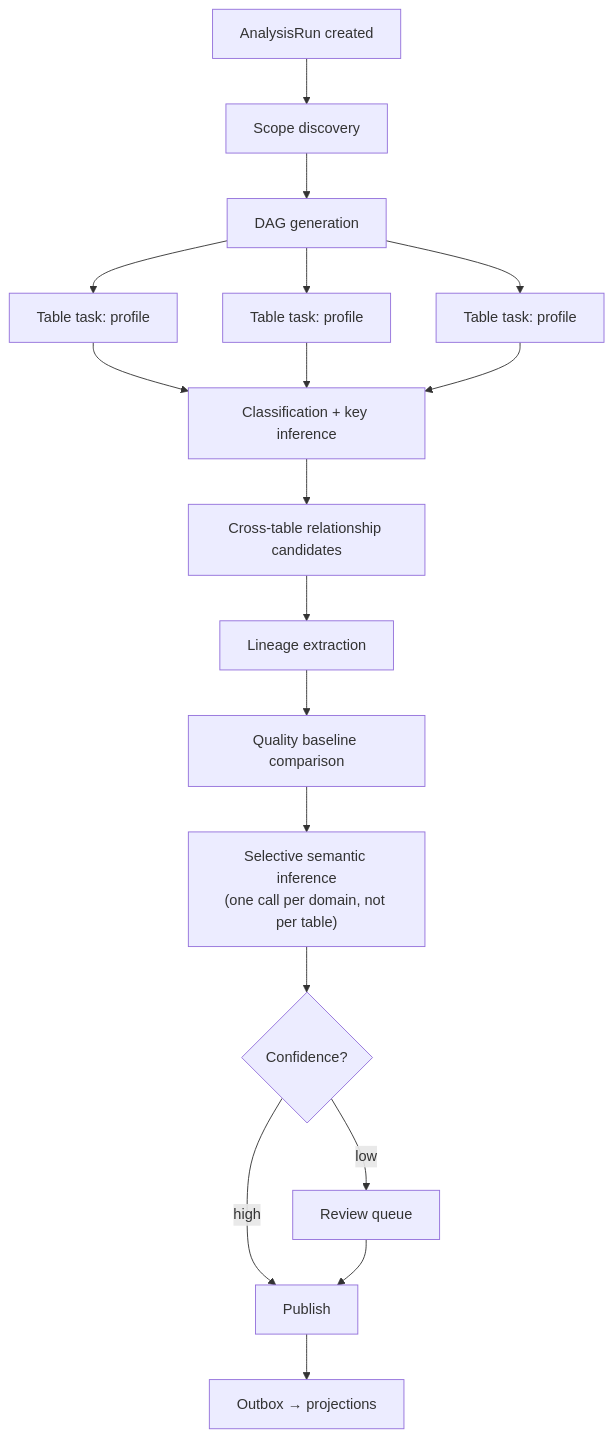
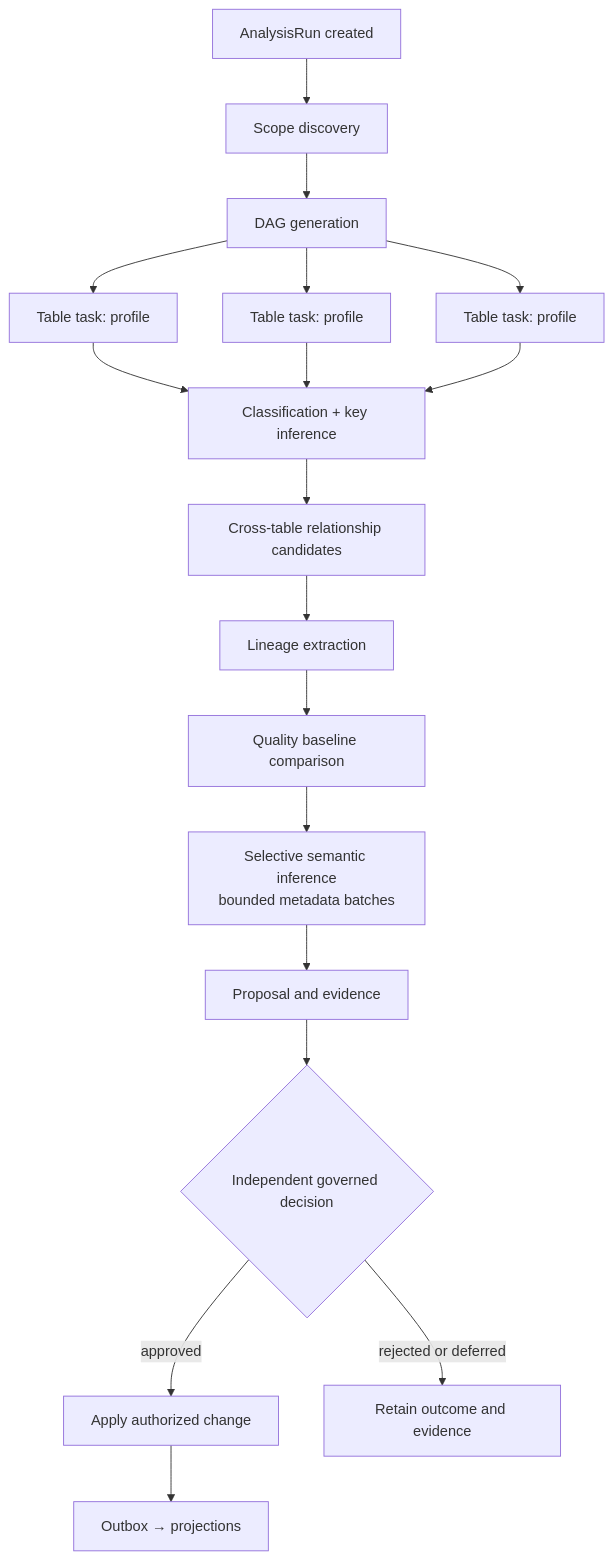
One commit to karuppusamym/AIDataAnalyst changed the diagram in Docs/10-architecture/08-workers-and-workflows.md. Above: the diagram before and after it, drawn with Mermaid. The commit also changed other lines of this file and 14 other files, not shown here.

````diff
--- a/Docs/10-architecture/08-workers-and-workflows.md
+++ b/Docs/10-architecture/08-workers-and-workflows.md
@@ -14,18 +16,18 @@
 ```mermaid
 flowchart TD
     A[AnalysisRun created] --> B[Scope discovery]
     B --> C[DAG generation]
     C --> D1[Table task: profile]
     C --> D2[Table task: profile]
     C --> D3[Table task: profile]
     D1 & D2 & D3 --> E[Classification + key inference]
     E --> F[Cross-table relationship candidates]
     F --> G[Lineage extraction]
     G --> H[Quality baseline comparison]
-    H --> I["Selective semantic inference<br/>(one call per domain, not per table)"]
-    I --> J{Confidence?}
-    J -->|high| K[Publish]
-    J -->|low| L[Review queue]
-    L --> K
+    H --> I["Selective semantic inference<br/>bounded metadata batches"]
+    I --> L[Proposal and evidence]
+    L --> J{Independent governed decision}
+    J -->|approved| K[Apply authorized change]
+    J -->|rejected or deferred| N[Retain outcome and evidence]
     K --> M[Outbox → projections]
 ```
````
